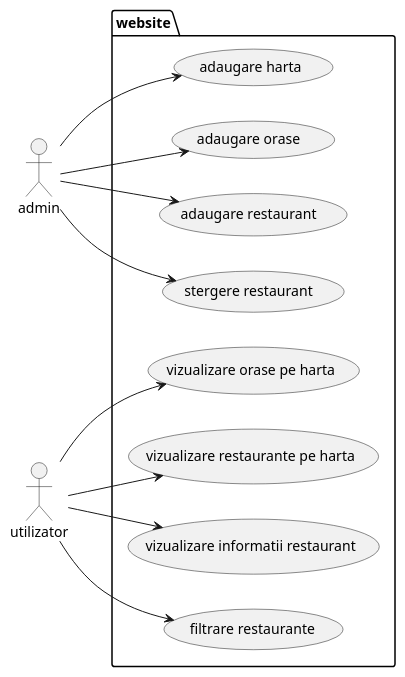
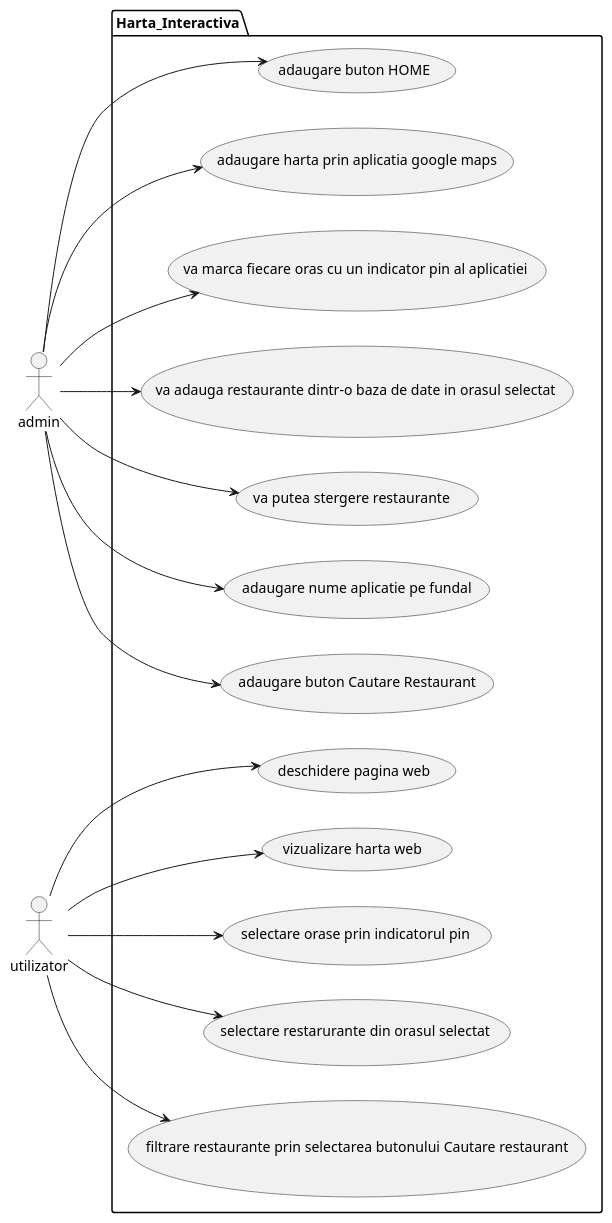
The diagram in Harta.puml (NicuG05/Harta), drawn with PlantUML before and after one commit. The commit also changed 2 other files, not shown here.

Commit message:
adaugare use case

```diff
--- a/Harta.puml
+++ b/Harta.puml
@@ -1,30 +1,39 @@
 @startuml
 'https://plantuml.com/use-case-diagram
 
 left to right direction
 actor admin
-package website {
-usecase "adaugare harta" as UC00
-usecase "adaugare orase " as UC0
-usecase "adaugare restaurant " as UC1
-usecase "stergere restaurant " as UC2
+package Harta_Interactiva {
+usecase "adaugare buton HOME" as UC
+usecase "adaugare harta prin aplicatia google maps" as UC1
+usecase "va marca fiecare oras cu un indicator pin al aplicatiei " as UC2
+usecase "va adauga restaurante dintr-o baza de date in orasul selectat " as UC3
+usecase "va putea stergere restaurante  " as UC4
+usecase "adaugare nume aplicatie pe fundal" as UC5
+usecase "adaugare buton Cautare Restaurant" as UC6
 }
-admin-->UC00
-admin-->UC0
+admin-->UC
 admin-->UC1
 admin-->UC2
+admin-->UC3
+admin-->UC4
+admin-->UC5
+admin-->UC6
+
 
 left to right direction
 actor utilizator
-package website {
-usecase "vizualizare orase pe harta" as UC000
-usecase "vizualizare restaurante pe harta " as UC3
-usecase "vizualizare informatii restaurant " as UC4
-usecase " filtrare restaurante" as UC5
+package Harta_Interactiva {
+usecase "deschidere pagina web" as UC00
+usecase "vizualizare harta web " as UC01
+usecase "selectare orase prin indicatorul pin " as UC02
+usecase "selectare restarurante din orasul selectat " as UC03
+usecase " filtrare restaurante prin selectarea butonului Cautare restaurant " as UC04
 
 }
-utilizator-->UC000
-utilizator-->UC3
-utilizator-->UC4
-utilizator-->UC5
+utilizator-->UC00
+utilizator-->UC01
+utilizator-->UC02
+utilizator-->UC03
+utilizator-->UC04
 @enduml
```
